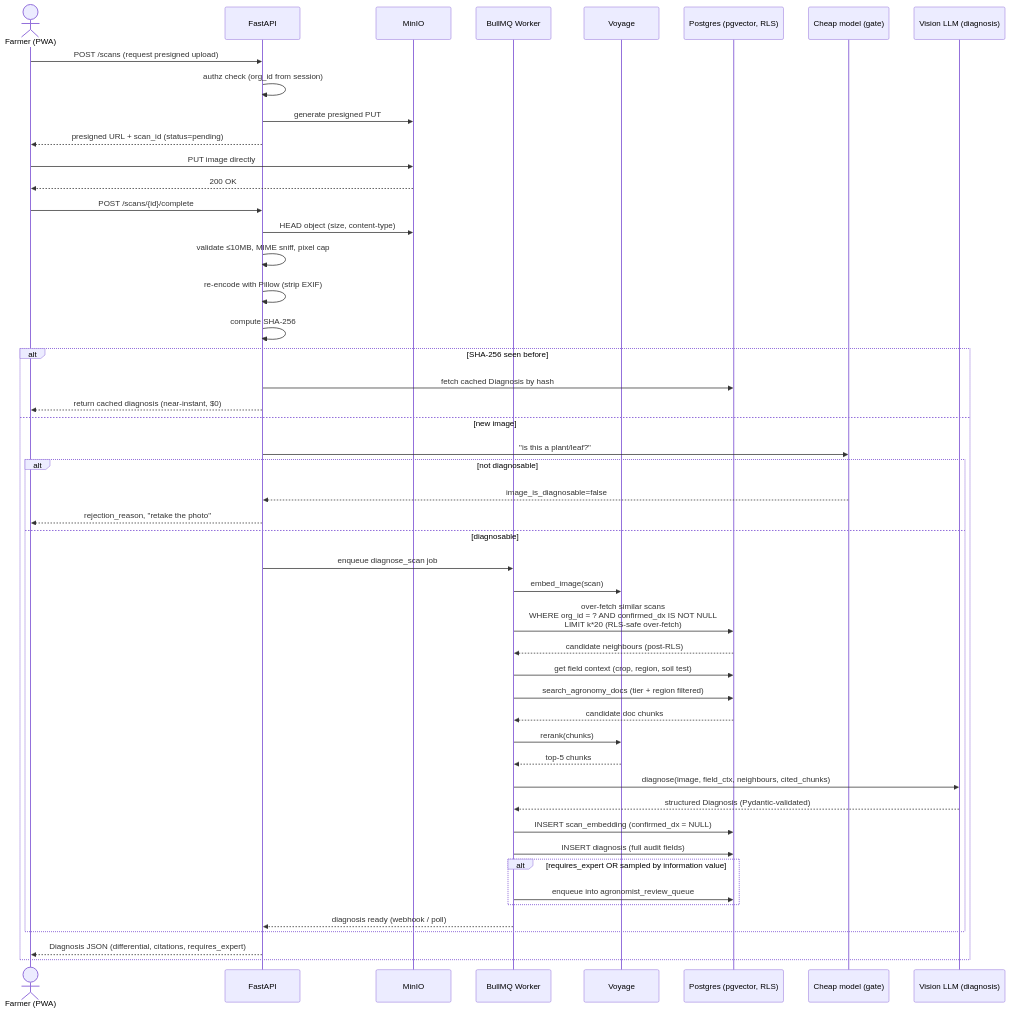
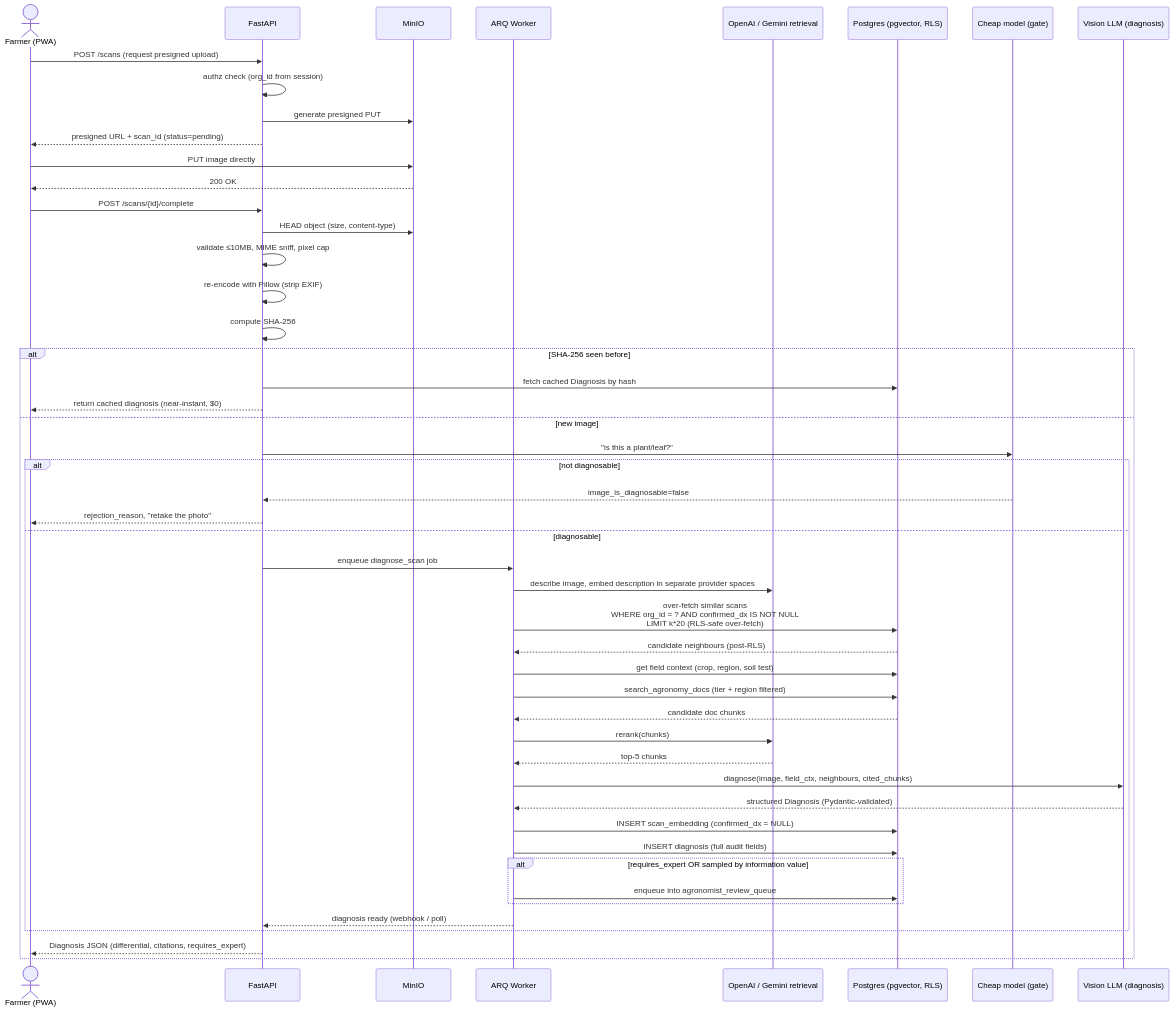
One commit to nishitsaha52/AgriVerse changed the third of 7 diagrams in docs/AgriVerse_Architecture_DataFlow_ER.md. Above: the diagram before and after it, drawn with Mermaid. The commit also changed other lines of this file and 90 other files, not shown here.

````diff
--- a/docs/AgriVerse_Architecture_DataFlow_ER.md
+++ b/docs/AgriVerse_Architecture_DataFlow_ER.md
@@ -158,54 +154,54 @@
 ```mermaid
 sequenceDiagram
     actor F as Farmer (PWA)
     participant API as FastAPI
     participant MO as MinIO
-    participant W as BullMQ Worker
-    participant VO as Voyage
+    participant W as ARQ Worker
+    participant VO as OpenAI / Gemini retrieval
     participant PG as Postgres (pgvector, RLS)
     participant GATE as Cheap model (gate)
     participant VLM as Vision LLM (diagnosis)
 
     F->>API: POST /scans (request presigned upload)
     API->>API: authz check (org_id from session)
     API->>MO: generate presigned PUT
     API-->>F: presigned URL + scan_id (status=pending)
     F->>MO: PUT image directly
     MO-->>F: 200 OK
 
     F->>API: POST /scans/{id}/complete
     API->>MO: HEAD object (size, content-type)
     API->>API: validate ≤10MB, MIME sniff, pixel cap
     API->>API: re-encode with Pillow (strip EXIF)
     API->>API: compute SHA-256
 
     alt SHA-256 seen before
         API->>PG: fetch cached Diagnosis by hash
         API-->>F: return cached diagnosis (near-instant, $0)
     else new image
         API->>GATE: "is this a plant/leaf?"
         alt not diagnosable
             GATE-->>API: image_is_diagnosable=false
             API-->>F: rejection_reason, "retake the photo"
         else diagnosable
             API->>W: enqueue diagnose_scan job
-            W->>VO: embed_image(scan)
+            W->>VO: describe image, embed description in separate provider spaces
             W->>PG: over-fetch similar scans<br/>WHERE org_id = ? AND confirmed_dx IS NOT NULL<br/>LIMIT k*20 (RLS-safe over-fetch)
             PG-->>W: candidate neighbours (post-RLS)
             W->>PG: get field context (crop, region, soil test)
             W->>PG: search_agronomy_docs (tier + region filtered)
             PG-->>W: candidate doc chunks
             W->>VO: rerank(chunks)
             VO-->>W: top-5 chunks
             W->>VLM: diagnose(image, field_ctx, neighbours, cited_chunks)
             VLM-->>W: structured Diagnosis (Pydantic-validated)
             W->>PG: INSERT scan_embedding (confirmed_dx = NULL)
             W->>PG: INSERT diagnosis (full audit fields)
             alt requires_expert OR sampled by information value
                 W->>PG: enqueue into agronomist_review_queue
             end
             W-->>API: diagnosis ready (webhook / poll)
         end
         API-->>F: Diagnosis JSON (differential, citations, requires_expert)
     end
 ```
````
